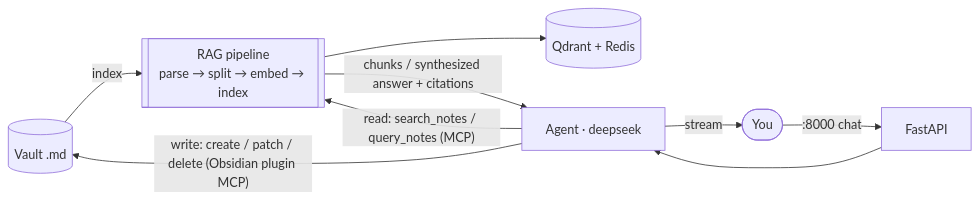
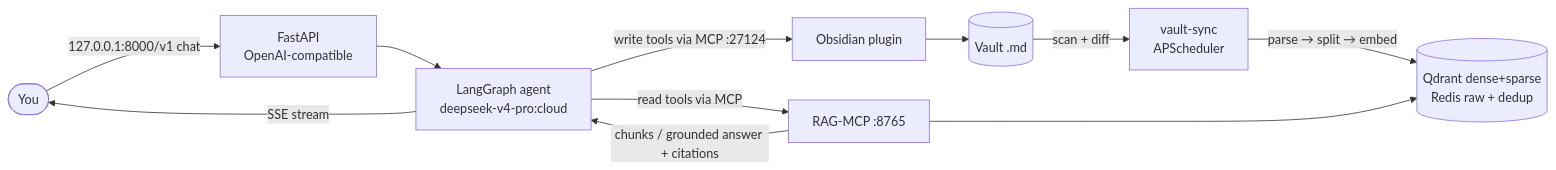
The first of 9 diagrams in docs/SPEC.md (Atrv-Shrn/Obsidian-Librarian), drawn with Mermaid before and after one commit. The commit also changed other lines of this file and 5 other files, not shown here.

First line of the commit message:
fix: never invoke the agent graph with an empty message list

````diff
--- a/docs/SPEC.md
+++ b/docs/SPEC.md
@@ -61,11 +92,13 @@
 ```mermaid
 flowchart LR
-  V[("Vault .md")] -->|index| RAG[["RAG pipeline<br/>parse → split → embed → index"]]
-  RAG --> QR[("Qdrant + Redis")]
-  U([You]) -->|":8000 chat"| API[FastAPI]
-  API --> AG["Agent · deepseek"]
-  AG -->|"read: search_notes / query_notes (MCP)"| RAG
-  RAG -->|"chunks / synthesized answer + citations"| AG
-  AG -->|"write: create / patch / delete (Obsidian plugin MCP)"| V
-  AG -->|stream| U
+  V[("Vault .md")] -->|"scan + diff"| SYNC["vault-sync<br/>APScheduler"]
+  SYNC -->|"parse → split → embed"| QR[("Qdrant dense+sparse<br/>Redis raw + dedup")]
+  U([You]) -->|"127.0.0.1:8000/v1 chat"| API["FastAPI<br/>OpenAI-compatible"]
+  API --> AG["LangGraph agent<br/>deepseek-v4-pro:cloud"]
+  AG -->|"read tools via MCP"| RM["RAG-MCP :8765"]
+  RM --> QR
+  RM -->|"chunks / grounded answer + citations"| AG
+  AG -->|"write tools via MCP :27124"| OBS["Obsidian plugin"]
+  OBS --> V
+  AG -->|"SSE stream"| U
 ```
````
